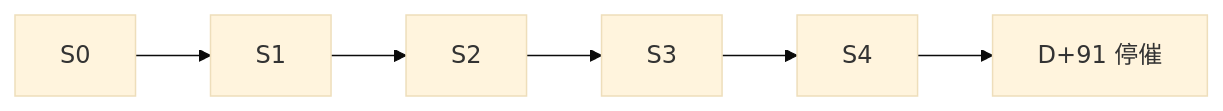
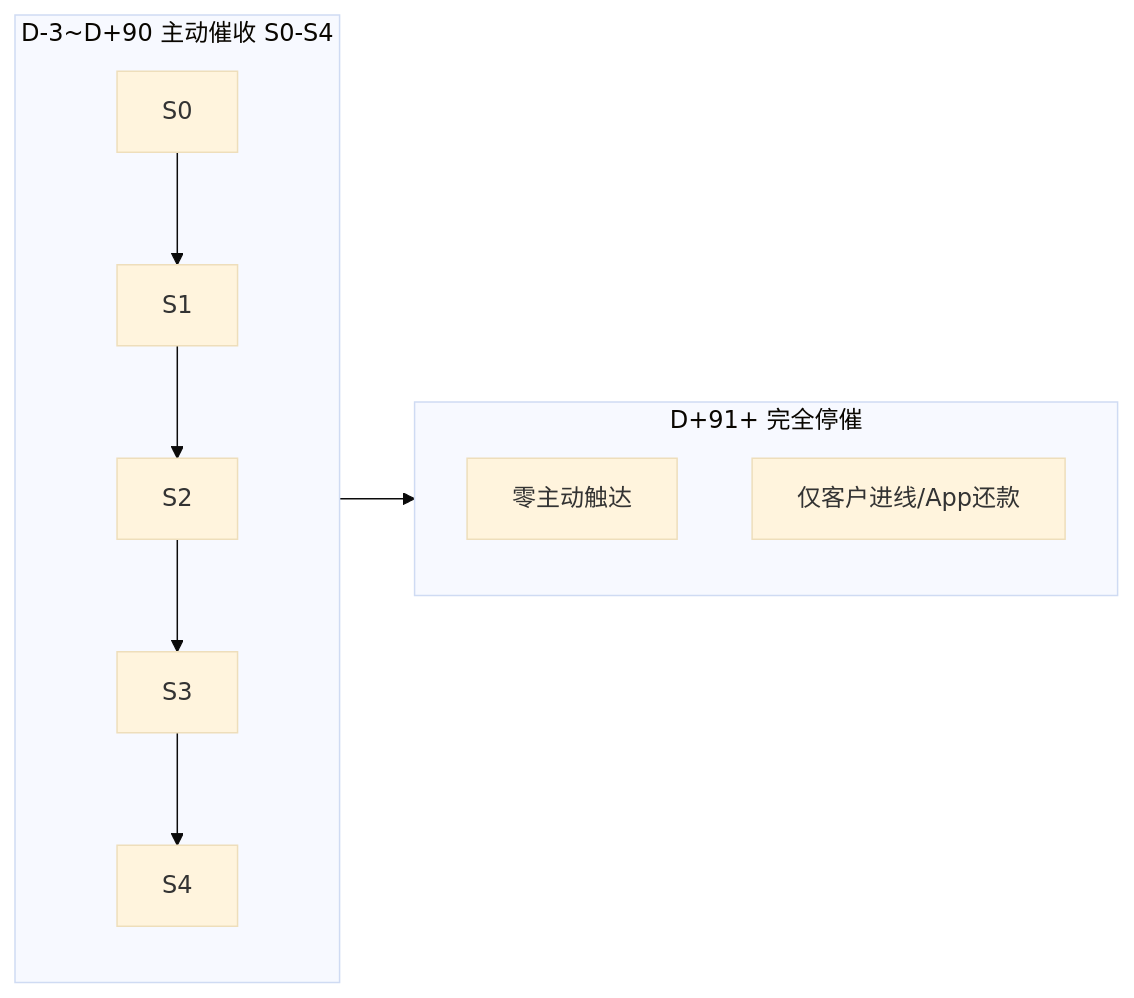
The first of 2 diagrams in docs/channel/MOCASA催收系统升级_Phase1_渠道编排规格.md (katherineliu2102/Intelligent-Collection-V1), drawn with Mermaid (base theme) before and after one commit. The commit also changed other lines of this file and 222 other files, not shown here.

````diff
--- a/docs/channel/MOCASA催收系统升级_Phase1_渠道编排规格.md
+++ b/docs/channel/MOCASA催收系统升级_Phase1_渠道编排规格.md
@@ -207,4 +292,11 @@
 ```mermaid
 flowchart LR
-  S0 --> S1 --> S2 --> S3 --> S4 --> Z[D+91 停催]
+  subgraph active [D-3~D+90 主动催收 S0-S4]
+    S0 --> S1 --> S2 --> S3 --> S4
+  end
+  subgraph stop [D+91+ 完全停催]
+    Z[零主动触达]
+    I[仅客户进线/App还款]
+  end
+  active --> stop
 ```
````
